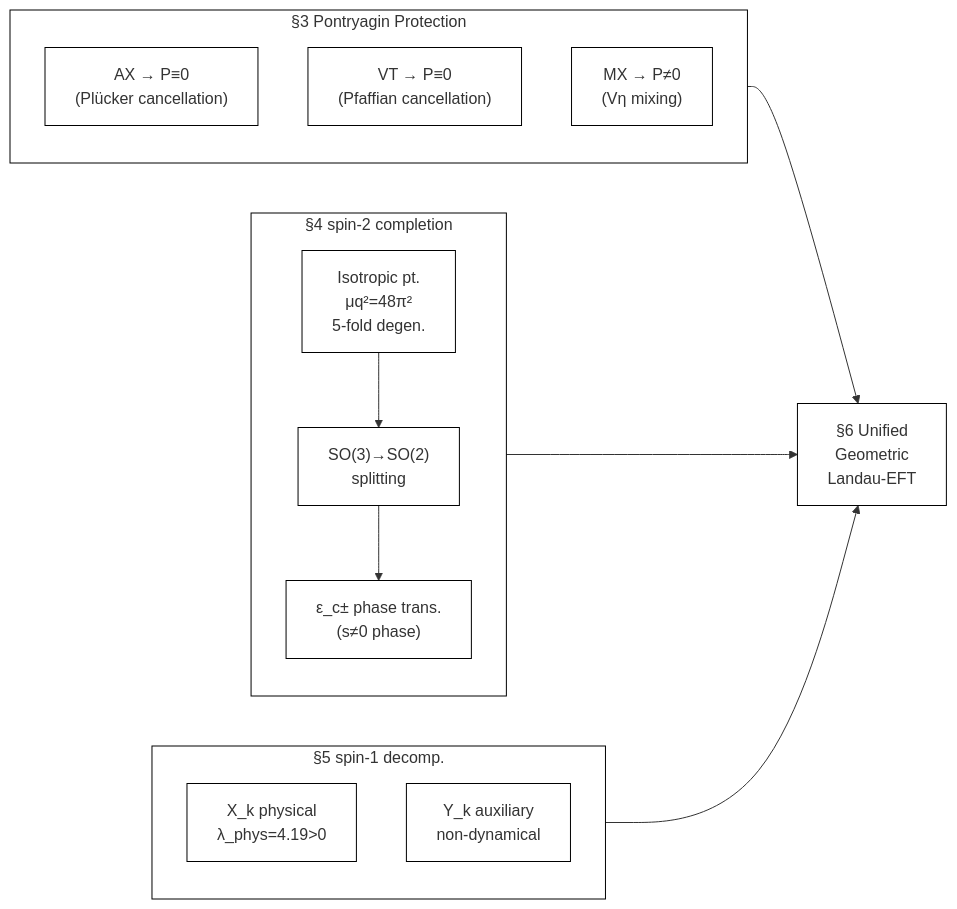
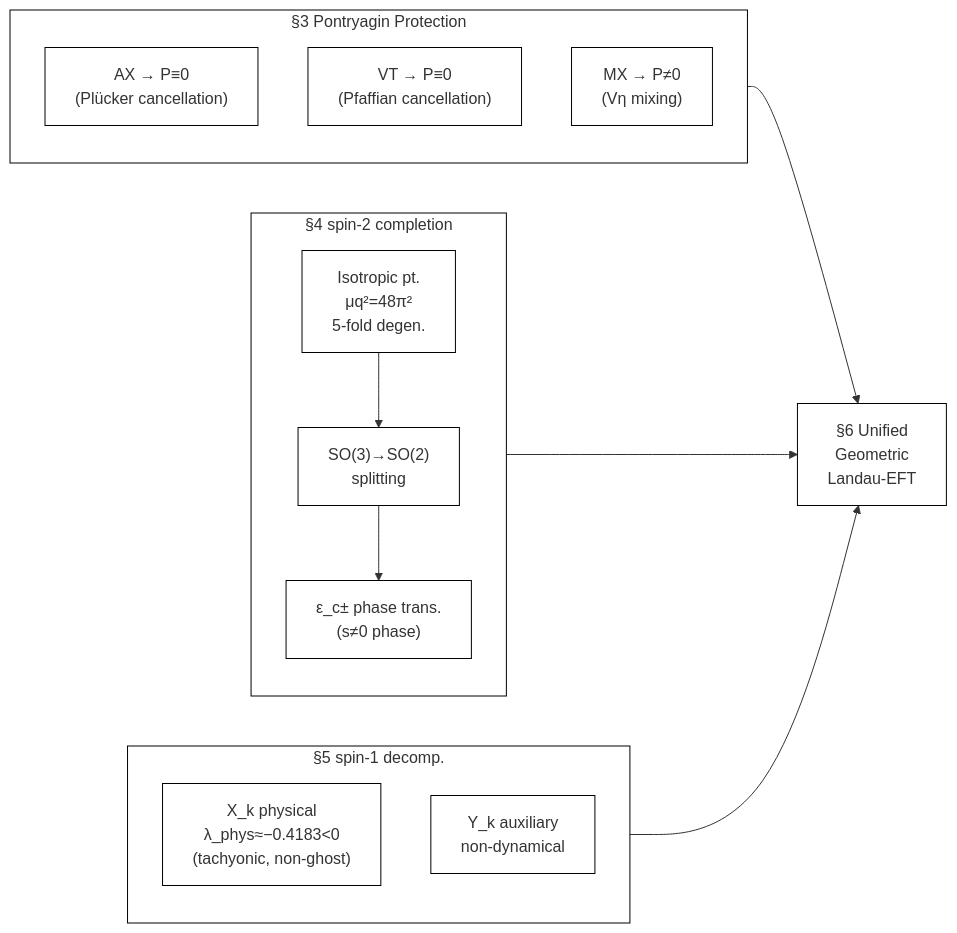
One commit to Muacca/DPPUv2-paper03 changed the diagram in DPPUv2-paper03_sec01.md. Above: the diagram before and after it, drawn with Mermaid. The commit also changed other lines of this file and 204 other files, not shown here.

````diff
--- a/DPPUv2-paper03_sec01.md
+++ b/DPPUv2-paper03_sec01.md
@@ -98,26 +98,26 @@
 ```mermaid
 flowchart LR
     subgraph P3["§3 Pontryagin Protection"]
         AX["AX → P≡0<br/>(Plücker cancellation)"]
         VT["VT → P≡0<br/>(Pfaffian cancellation)"]
         MX["MX → P≠0<br/>(Vη mixing)"]
     end
     subgraph P4["§4 spin-2 completion"]
         Schur["Isotropic pt.<br/>μq²=48π²<br/>5-fold degen."]
         Split["SO(3)→SO(2)<br/>splitting"]
         Phase["ε_c± phase trans.<br/>(s≠0 phase)"]
         Schur --> Split --> Phase
     end
     subgraph P45["§5 spin-1 decomp."]
-        X["X_k physical<br/>λ_phys=4.19>0"]
+        X["X_k physical<br/>λ_phys≈−0.4183<0<br/>(tachyonic, non-ghost)"]
         Y["Y_k auxiliary<br/>non-dynamical"]
     end
     EFT["§6 Unified<br/>Geometric<br/>Landau-EFT"]
 
     P3 --> EFT
     P4 --> EFT
     P45 --> EFT
 
     classDef default fill:none,stroke:black
     class P3,P4,P45,EFT default
 ```
````
